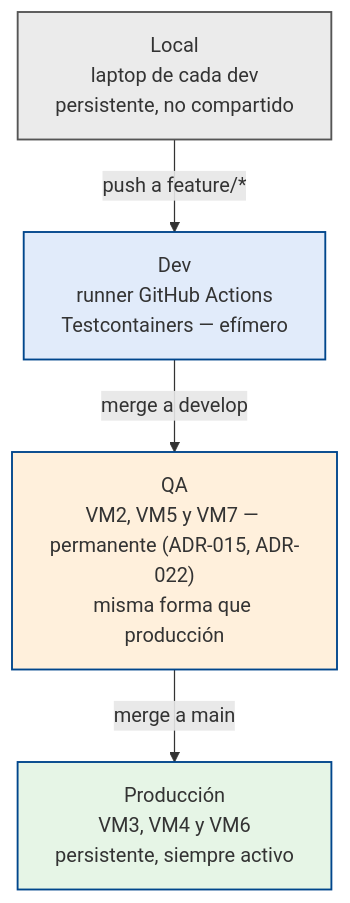
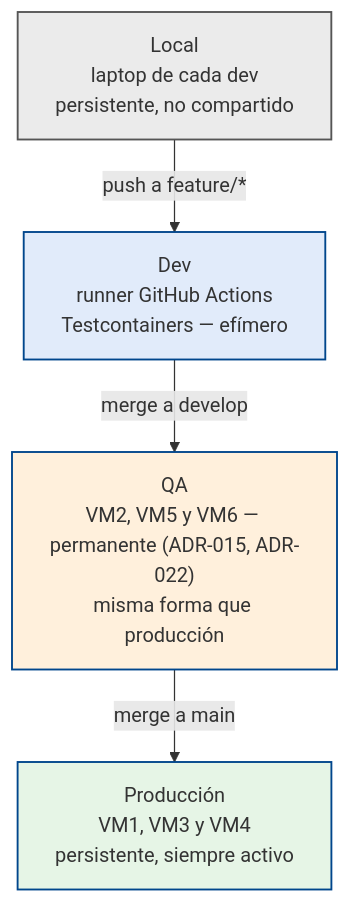
One commit to ARQUI-202630/quickpatch changed the sixth of 9 diagrams in docs/architecture/SDD.md. Above: the diagram before and after it, drawn with Mermaid. The commit also changed other lines of this file and 13 other files, not shown here.

First line of the commit message:
docs(architecture): adoptar el reparto de VMs de Sebastian como ADR-022

````diff
--- a/docs/architecture/SDD.md
+++ b/docs/architecture/SDD.md
@@ -1371,16 +1371,16 @@
 ```mermaid
 flowchart TB
     L["Local<br/>laptop de cada dev<br/>persistente, no compartido"]
     D["Dev<br/>runner GitHub Actions<br/>Testcontainers — efímero"]
-    Q["QA<br/>VM2, VM5 y VM7 — permanente (ADR-015, ADR-022)<br/>misma forma que producción"]
-    P["Producción<br/>VM3, VM4 y VM6<br/>persistente, siempre activo"]
+    Q["QA<br/>VM2, VM5 y VM6 — permanente (ADR-015, ADR-022)<br/>misma forma que producción"]
+    P["Producción<br/>VM1, VM3 y VM4<br/>persistente, siempre activo"]
 
     L -->|"push a feature/*"| D
     D -->|"merge a develop"| Q
     Q -->|"merge a main"| P
 
     style L fill:#EBEBEB,stroke:#555555,stroke-width:1.5px
     style D fill:#E1EBFA,stroke:#00468C,stroke-width:1.5px
     style Q fill:#FFF0DC,stroke:#00468C,stroke-width:1.5px
     style P fill:#E6F5E6,stroke:#00468C,stroke-width:1.5px
 ```
````
